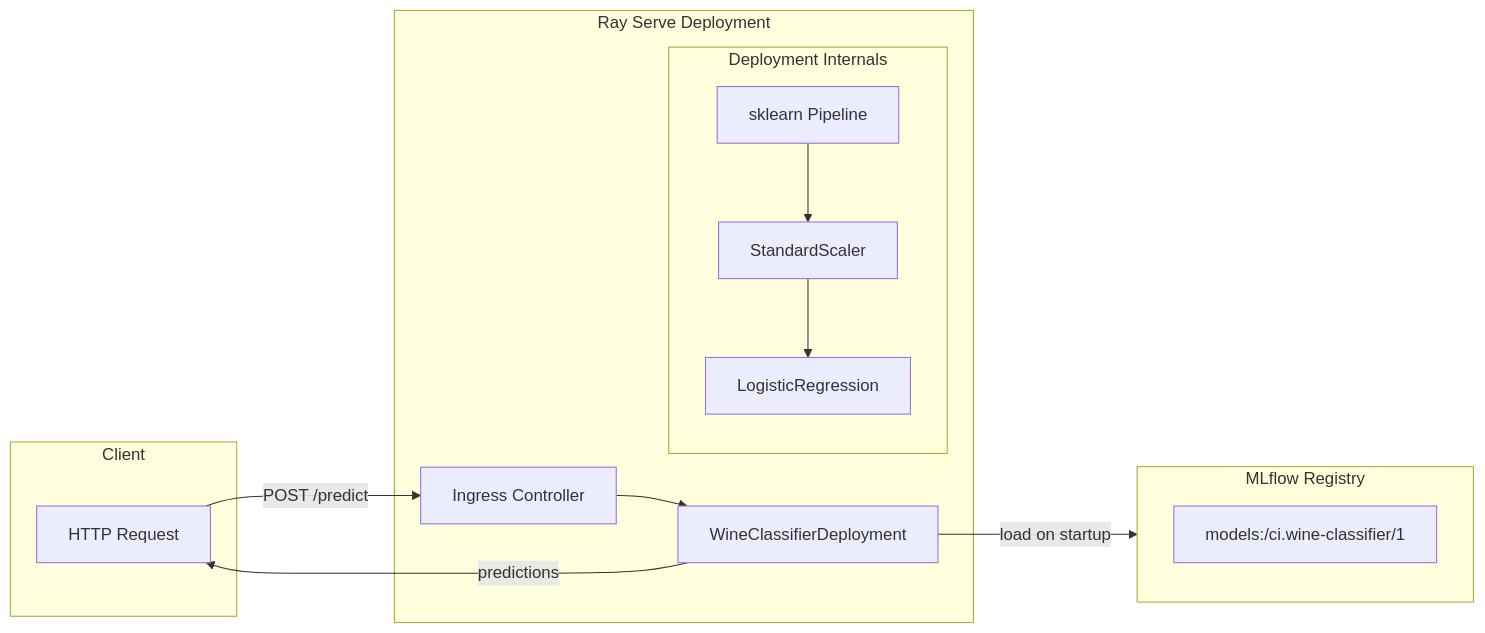
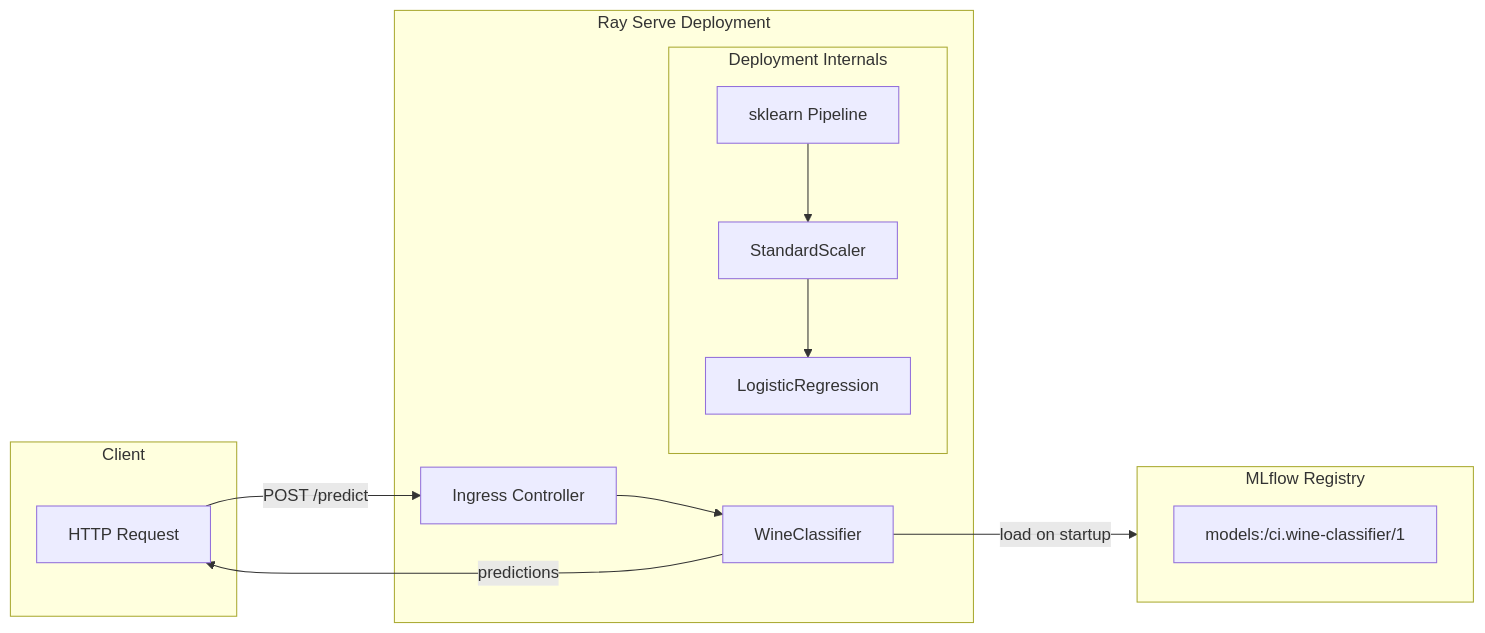
The third of 3 diagrams in README.md (OpenCloudHub/ai-ml-sklearn), drawn with Mermaid before and after one commit. The commit also changed other lines of this file and 5 other files, not shown here.

````diff
--- a/README.md
+++ b/README.md
@@ -185,27 +185,27 @@
 ```mermaid
 flowchart LR
     subgraph client["Client"]
         REQ[HTTP Request]
     end
 
     subgraph rayserve["Ray Serve Deployment"]
         INGRESS[Ingress Controller]
-        DEPLOY[WineClassifierDeployment]
+        DEPLOY[WineClassifier]
 
         subgraph deployment_internals["Deployment Internals"]
             MODEL[sklearn Pipeline]
             SCALER[StandardScaler]
             LR[LogisticRegression]
         end
     end
 
     subgraph mlflow_reg["MLflow Registry"]
         MODEL_URI["models:/ci.wine-classifier/1"]
     end
 
     REQ -->|"POST /predict"| INGRESS
     INGRESS --> DEPLOY
     DEPLOY -->|"load on startup"| mlflow_reg
     MODEL --> SCALER --> LR
     DEPLOY -->|"predictions"| REQ
 ```
````
